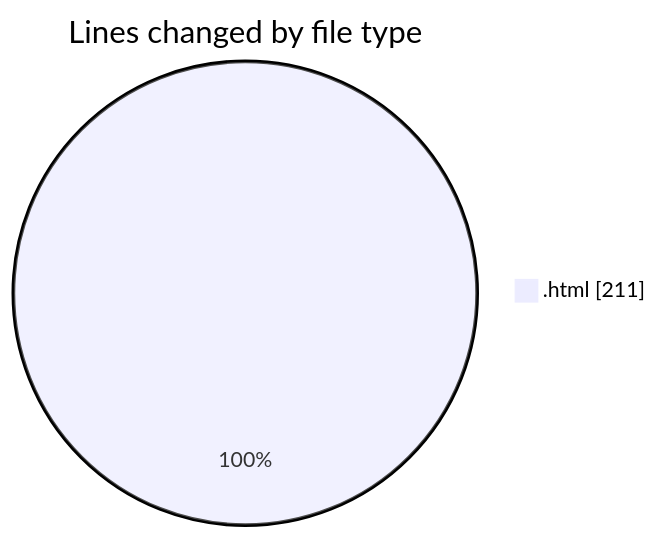
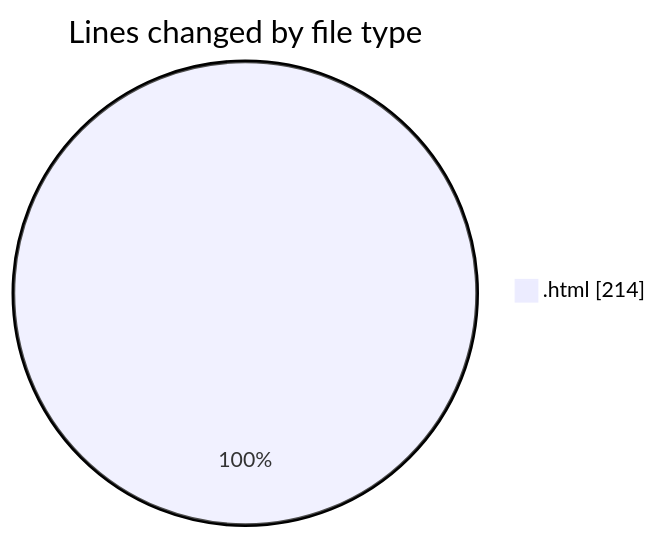
Before and after one commit to hasnaa123/code-tracking: the first of 2 diagrams in 2025-12-23/technologie_web/README.md, drawn with Mermaid. The commit also changed other lines of this file and 1 other file, not shown here.

````diff
--- a/2025-12-23/technologie_web/README.md
+++ b/2025-12-23/technologie_web/README.md
@@ -20,5 +20,5 @@
 ```mermaid
 pie showData
 title Lines changed by file type
-".html" : 211
+".html" : 214
 ```
````
